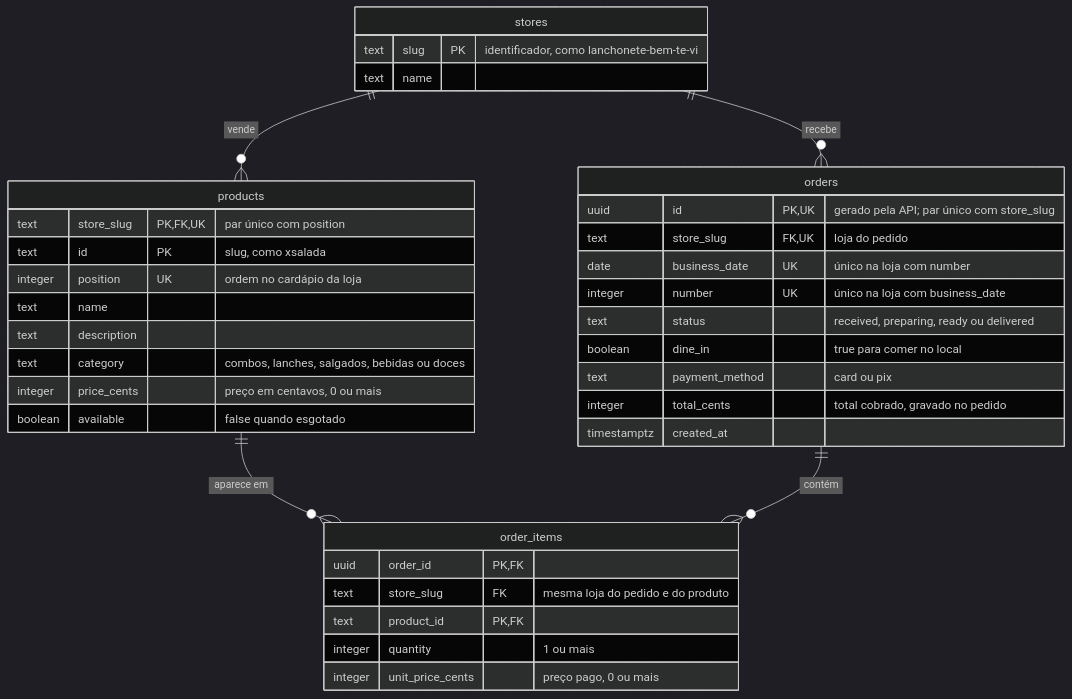
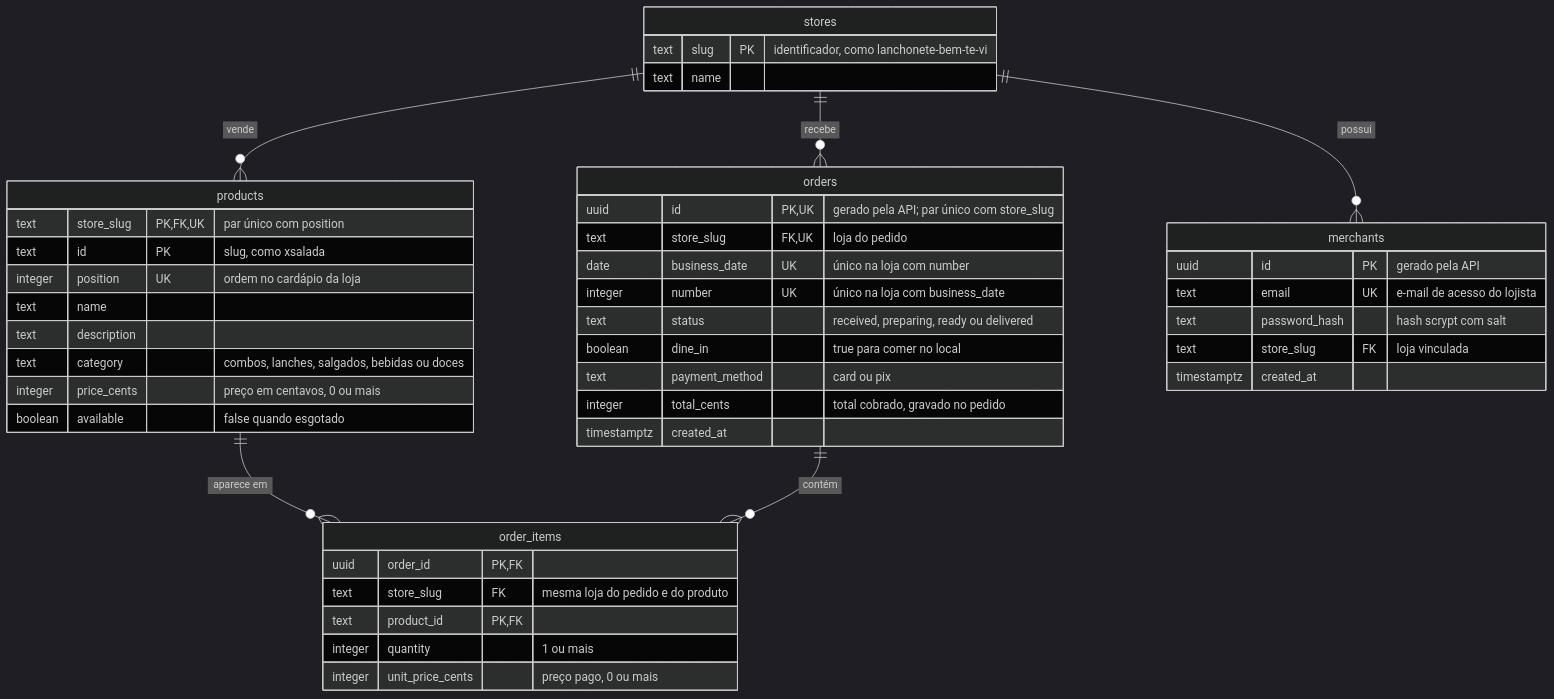
The diagram in docs/banco-de-dados.md (kaualimadesouza/EI), drawn with Mermaid (dark theme) before and after one commit. The commit also changed other lines of this file and 61 other files, not shown here.

````diff
--- a/docs/banco-de-dados.md
+++ b/docs/banco-de-dados.md
@@ -9,45 +9,54 @@
 ```mermaid
 %%{init: {"htmlLabels": false}}%%
 %% htmlLabels off: labels render as SVG text, not HTML boxes that can clip
 erDiagram
     stores ||--o{ products : "vende"
     stores ||--o{ orders : "recebe"
+    stores ||--o{ merchants : "possui"
     products ||--o{ order_items : "aparece em"
     orders ||--o{ order_items : "contém"
 
     stores {
         text slug PK "identificador, como lanchonete-bem-te-vi"
         text name
+    }
+
+    merchants {
+        uuid id PK "gerado pela API"
+        text email UK "e-mail de acesso do lojista"
+        text password_hash "hash scrypt com salt"
+        text store_slug FK "loja vinculada"
+        timestamptz created_at
     }
 
     products {
         text store_slug PK, FK, UK "par único com position"
         text id PK "slug, como xsalada"
         integer position UK "ordem no cardápio da loja"
         text name
         text description
         text category "combos, lanches, salgados, bebidas ou doces"
         integer price_cents "preço em centavos, 0 ou mais"
         boolean available "false quando esgotado"
     }
 
     orders {
         uuid id PK, UK "gerado pela API; par único com store_slug"
         text store_slug FK, UK "loja do pedido"
         date business_date UK "único na loja com number"
         integer number UK "único na loja com business_date"
         text status "received, preparing, ready ou delivered"
         boolean dine_in "true para comer no local"
         text payment_method "card ou pix"
         integer total_cents "total cobrado, gravado no pedido"
         timestamptz created_at
     }
 
     order_items {
         uuid order_id PK, FK
         text store_slug FK "mesma loja do pedido e do produto"
         text product_id PK, FK
         integer quantity "1 ou mais"
         integer unit_price_cents "preço pago, 0 ou mais"
     }
 ```
````
